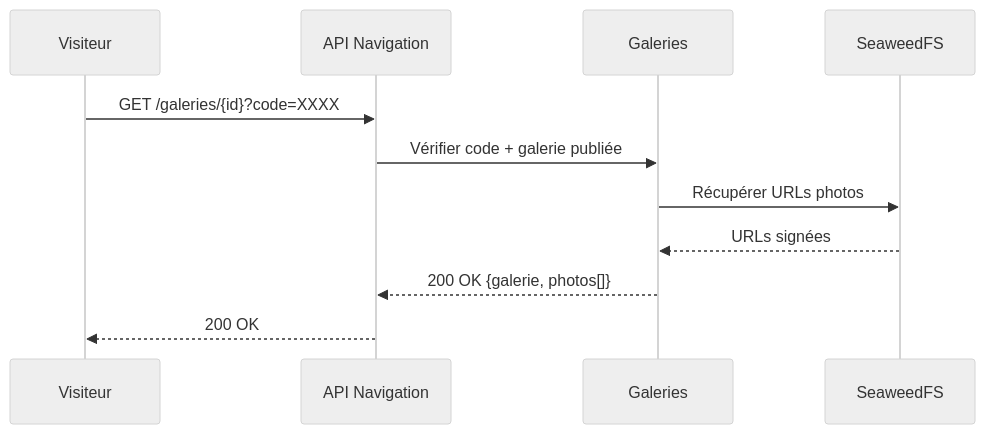
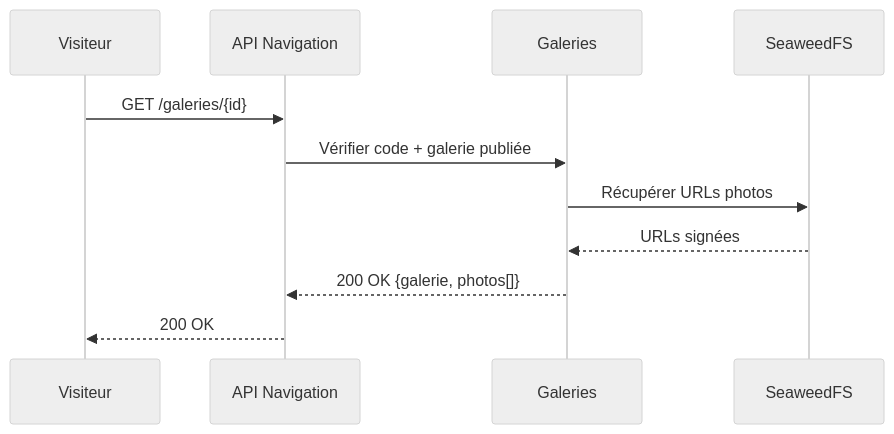
Before and after one commit to Paul5400/photo-pro: the diagram in diagrams/private-access-bab02d.mmd, drawn with Mermaid (neutral theme).

Commit message:
Update: Private access

```diff
--- a/diagrams/private-access-bab02d.mmd
+++ b/diagrams/private-access-bab02d.mmd
@@ -1,12 +1,12 @@
 sequenceDiagram
     participant V as Visiteur
     participant GW as API Navigation
     participant GAL as Galeries
     participant S3 as SeaweedFS
 
-    V->>GW: GET /galeries/{id}?code=XXXX
+    V->>GW: GET /galeries/{id}
     GW->>GAL: Vérifier code + galerie publiée
     GAL->>S3: Récupérer URLs photos
     S3-->>GAL: URLs signées
     GAL-->>GW: 200 OK {galerie, photos[]}
     GW-->>V: 200 OK
```
